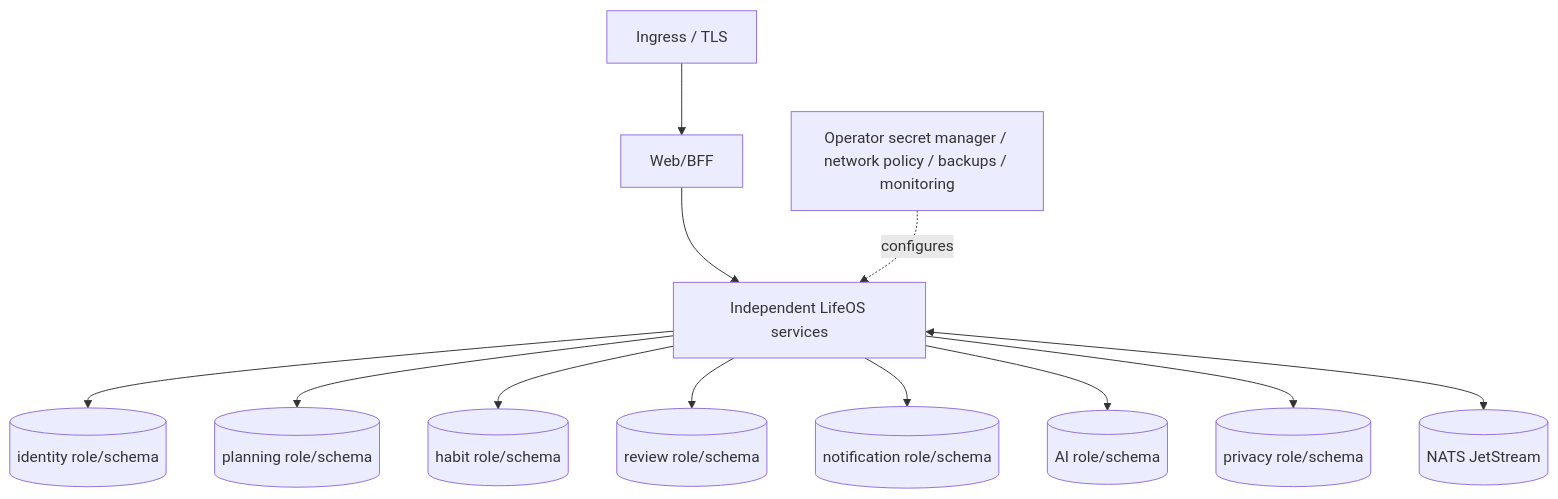
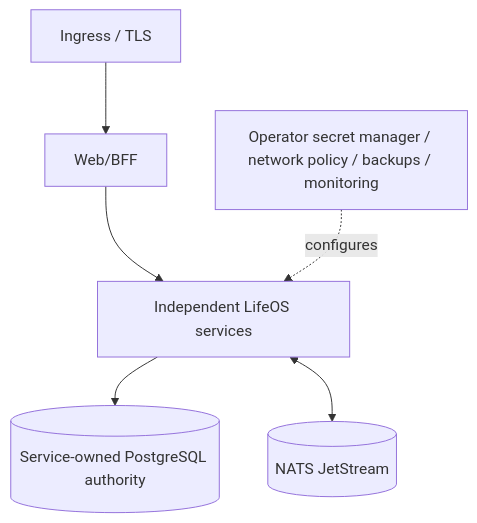
Before and after one commit to ContextualWisdomLab/life-os: diagram 12 of 14 in docs/UML.md, drawn with Mermaid. The commit also changed other lines of this file, not shown here.

Commit message:
docs(uml): reconcile current rights, calendar, and plugin flows

````diff
--- a/docs/UML.md
+++ b/docs/UML.md
@@ -232,14 +248,8 @@
 ```mermaid
 flowchart TB
     Ingress[Ingress / TLS] --> Web[Web/BFF]
     Web --> Services[Independent LifeOS services]
-    Services --> IStore[(identity role/schema)]
-    Services --> PStore[(planning role/schema)]
-    Services --> HStore[(habit role/schema)]
-    Services --> RStore[(review role/schema)]
-    Services --> NStore[(notification role/schema)]
-    Services --> AStore[(AI role/schema)]
-    Services --> VStore[(privacy role/schema)]
+    Services --> Pg[(Service-owned PostgreSQL authority)]
     Services <--> NATS[(NATS JetStream)]
     Operator[Operator secret manager / network policy / backups / monitoring] -. configures .-> Services
 ```
````
